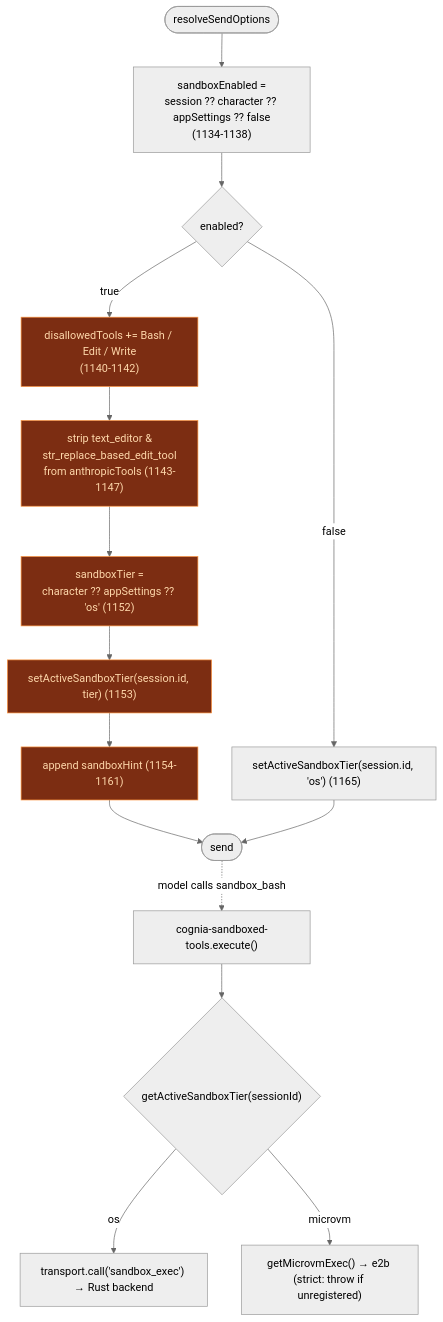
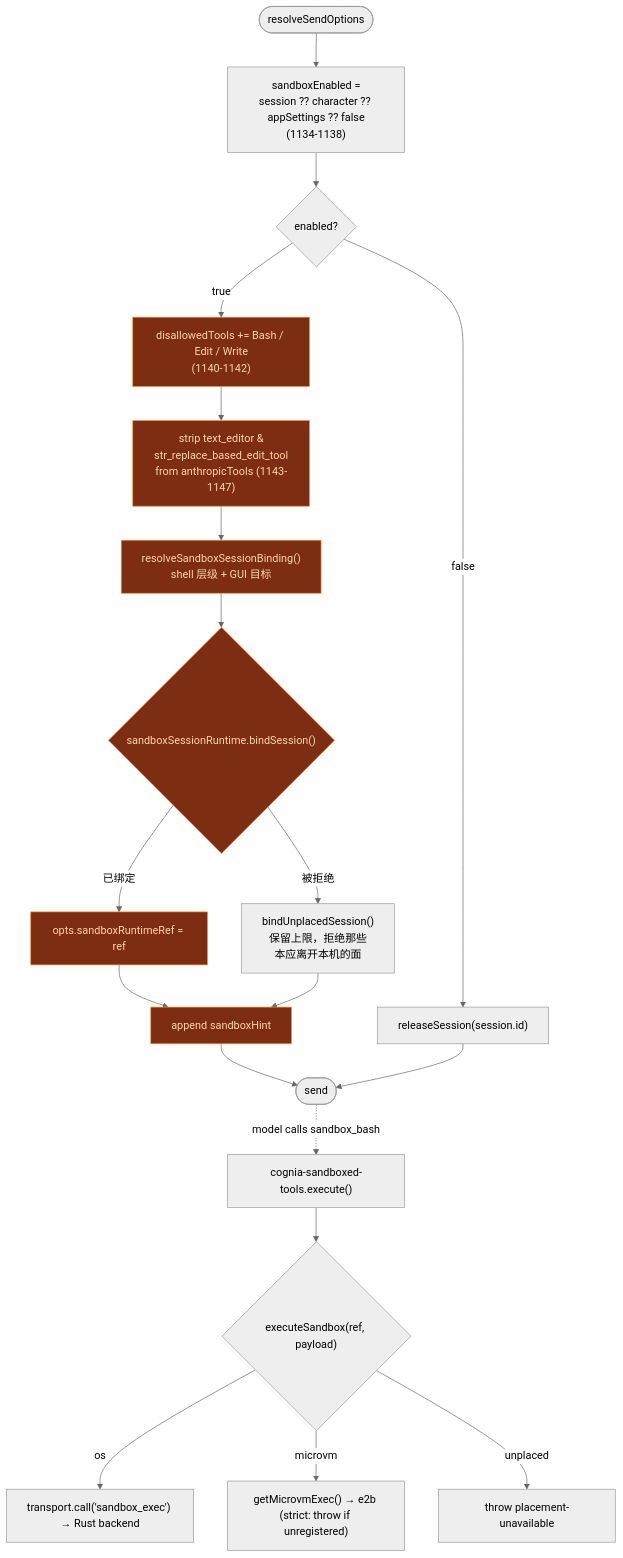
Before and after one commit to MaxQian888/cognia-next: the diagram in docs/content/docs/zh/subsystems/sandbox/execution-overview.mdx, drawn with Mermaid (neutral theme). The commit also changed other lines of this file and 14 other files, not shown here.

First line of the commit message:
docs(platform): document runtime refs, workspace bundles and placement

````diff
--- a/docs/content/docs/zh/subsystems/sandbox/execution-overview.mdx
+++ b/docs/content/docs/zh/subsystems/sandbox/execution-overview.mdx
@@ -113,23 +153,27 @@
 ```mermaid
 flowchart TD
   Start([resolveSendOptions]) --> Resolve["sandboxEnabled =<br/>session ?? character ?? appSettings ?? false<br/>(1134-1138)"]
   Resolve --> Gate{enabled?}
 
   Gate -->|true| Deny["disallowedTools += Bash / Edit / Write<br/>(1140-1142)"]
   Deny --> Filter["strip text_editor &<br/>str_replace_based_edit_tool<br/>from anthropicTools (1143-1147)"]
-  Filter --> Tier["sandboxTier =<br/>character ?? appSettings ?? 'os' (1152)"]
-  Tier --> Stamp["setActiveSandboxTier(session.id, tier) (1153)"]
-  Stamp --> Hint["append sandboxHint (1154-1161)"]
+  Filter --> Tier["resolveSandboxSessionBinding()<br/>shell 层级 + GUI 目标"]
+  Tier --> Bind{"sandboxSessionRuntime.bindSession()"}
+  Bind -->|已绑定| Stamp["opts.sandboxRuntimeRef = ref"]
+  Bind -->|被拒绝| Unplaced["bindUnplacedSession()<br/>保留上限，拒绝那些<br/>本应离开本机的面"]
+  Stamp --> Hint["append sandboxHint"]
+  Unplaced --> Hint
   Hint --> Done([send])
 
-  Gate -->|false| Reset["setActiveSandboxTier(session.id, 'os') (1165)"]
+  Gate -->|false| Reset["releaseSession(session.id)"]
   Reset --> Done
 
   Done -.->|"model calls sandbox_bash"| Plugin["cognia-sandboxed-tools.execute()"]
-  Plugin --> Router{"getActiveSandboxTier(sessionId)"}
+  Plugin --> Router{"executeSandbox(ref, payload)"}
   Router -->|os| OSExec["transport.call('sandbox_exec') → Rust backend"]
   Router -->|microvm| MV["getMicrovmExec() → e2b (strict: throw if unregistered)"]
+  Router -->|unplaced| Refuse["throw placement-unavailable"]
 
   classDef on fill:#7c2d12,stroke:#fb923c,color:#fed7aa
-  class Deny,Filter,Tier,Stamp,Hint on
+  class Deny,Filter,Tier,Bind,Stamp,Hint on
 ```
````
